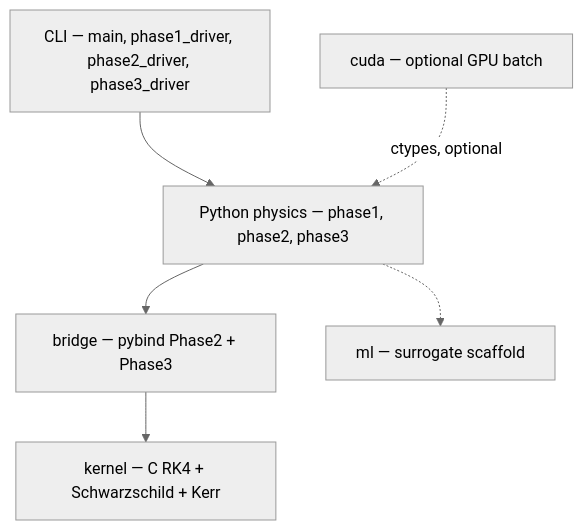
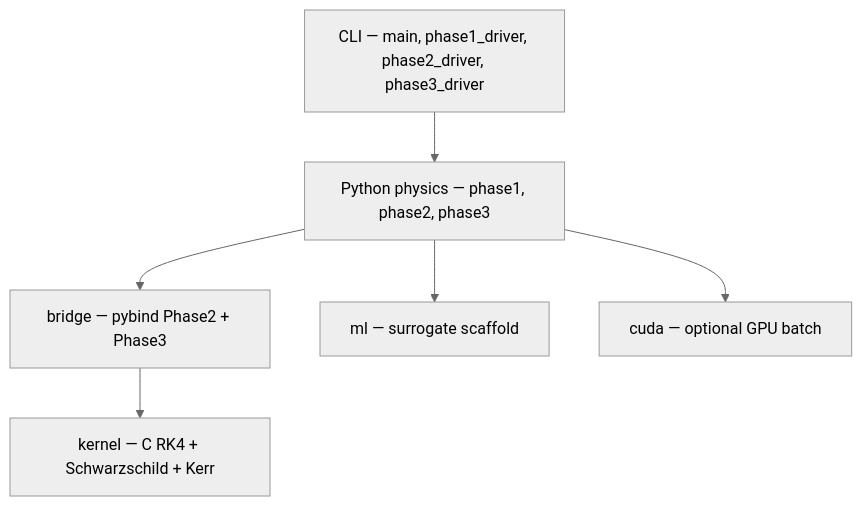
One commit to gabegaines24/Black-Hole-Ray-Tracer changed the diagram in docs/OVERVIEW.md. Above: the diagram before and after it, drawn with Mermaid (neutral theme). The commit also changed other lines of this file and 5 other files, not shown here.

````diff
--- a/docs/OVERVIEW.md
+++ b/docs/OVERVIEW.md
@@ -37,15 +37,15 @@
 ```mermaid
 flowchart TB
   cli["CLI — main, phase1_driver, phase2_driver, phase3_driver"]
   pyproto["Python physics — phase1, phase2, phase3"]
   bridge["bridge — pybind Phase2 + Phase3"]
   kernel["kernel — C RK4 + Schwarzschild + Kerr"]
   ml["ml — surrogate scaffold"]
   cuda["cuda — optional GPU batch"]
 
   cli --> pyproto
   pyproto --> bridge
   bridge --> kernel
-  pyproto -.-> ml
-  cuda -.->|"ctypes, optional"| pyproto
+  pyproto --> ml
+  pyproto --> cuda
 ```
````
